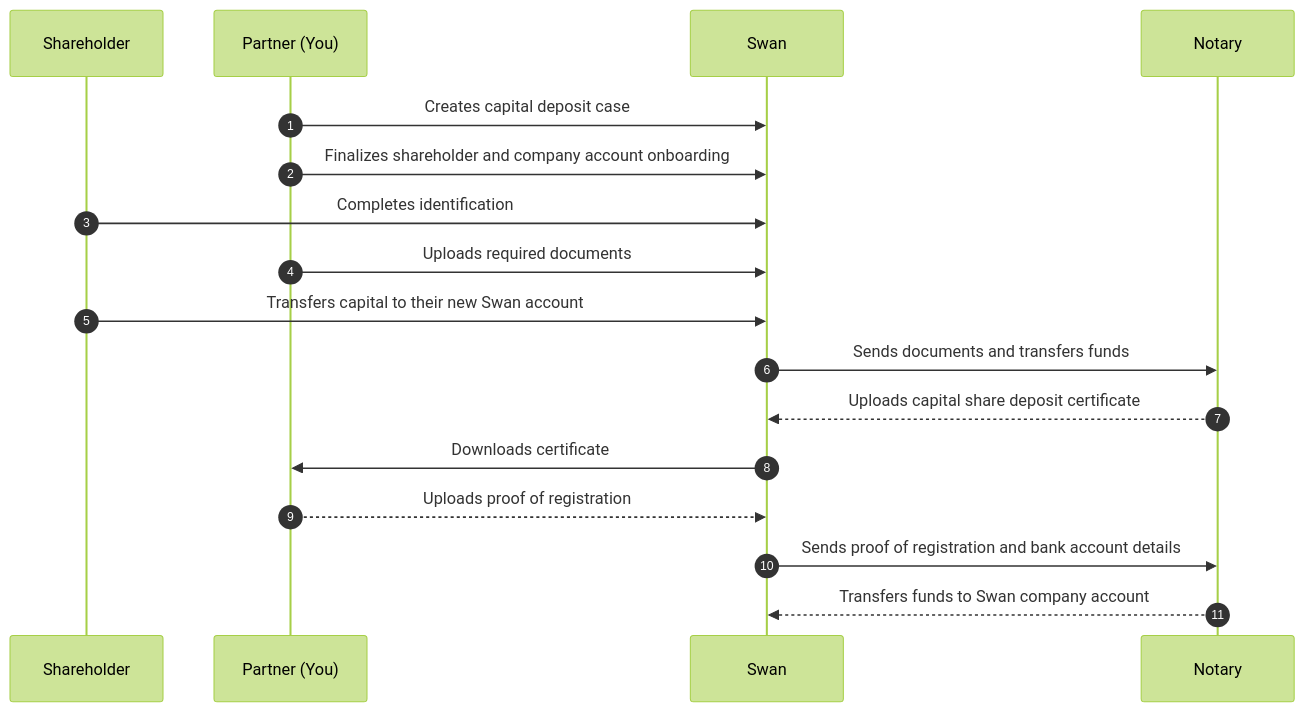
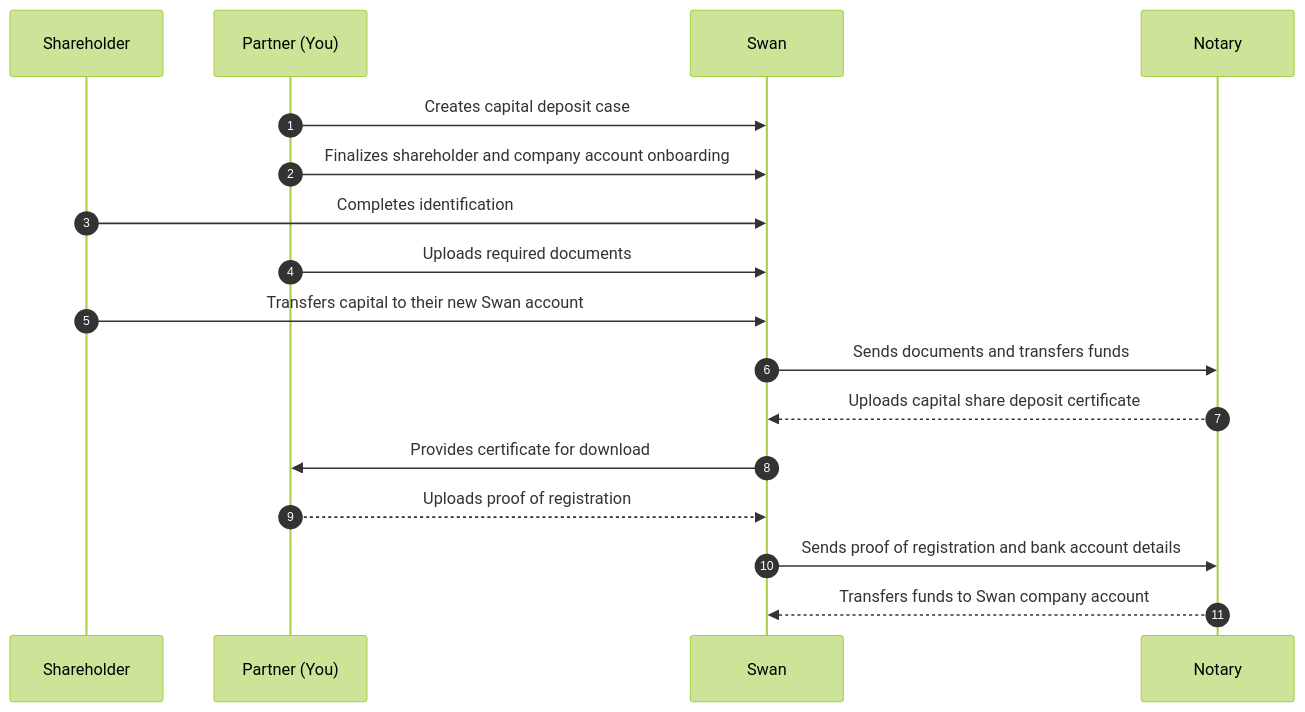
The diagram in docs/accounts/concepts/capital-deposits/process.mdx (swan-io/docs), drawn with Mermaid (forest theme) before and after one commit. The commit also changed other lines of this file and 9 other files, not shown here.

````diff
--- a/docs/accounts/concepts/capital-deposits/process.mdx
+++ b/docs/accounts/concepts/capital-deposits/process.mdx
@@ -61,19 +61,19 @@
 ```mermaid
 sequenceDiagram
 autonumber
 participant SH as Shareholder
 participant P as Partner (You)
 participant S as Swan
 participant N as Notary
-    P->>S: Creates capital deposit case
-    P->>S: Finalizes shareholder and company account onboarding
-    SH->>S: Completes identification
-    P->>S: Uploads required documents
-    SH->>S: Transfers capital to their new Swan account
+    P ->> S: Creates capital deposit case
+    P ->> S: Finalizes shareholder and company account onboarding
+    SH ->> S: Completes identification
+    P ->> S: Uploads required documents
+    SH ->> S: Transfers capital to their new Swan account
     S ->> N: Sends documents and transfers funds
     N -->> S: Uploads capital share deposit certificate
-    S ->> P: Downloads certificate
+    S ->> P: Provides certificate for download
     P -->> S: Uploads proof of registration
     S ->> N: Sends proof of registration and bank account details
     N -->> S: Transfers funds to Swan company account
 ```
````
